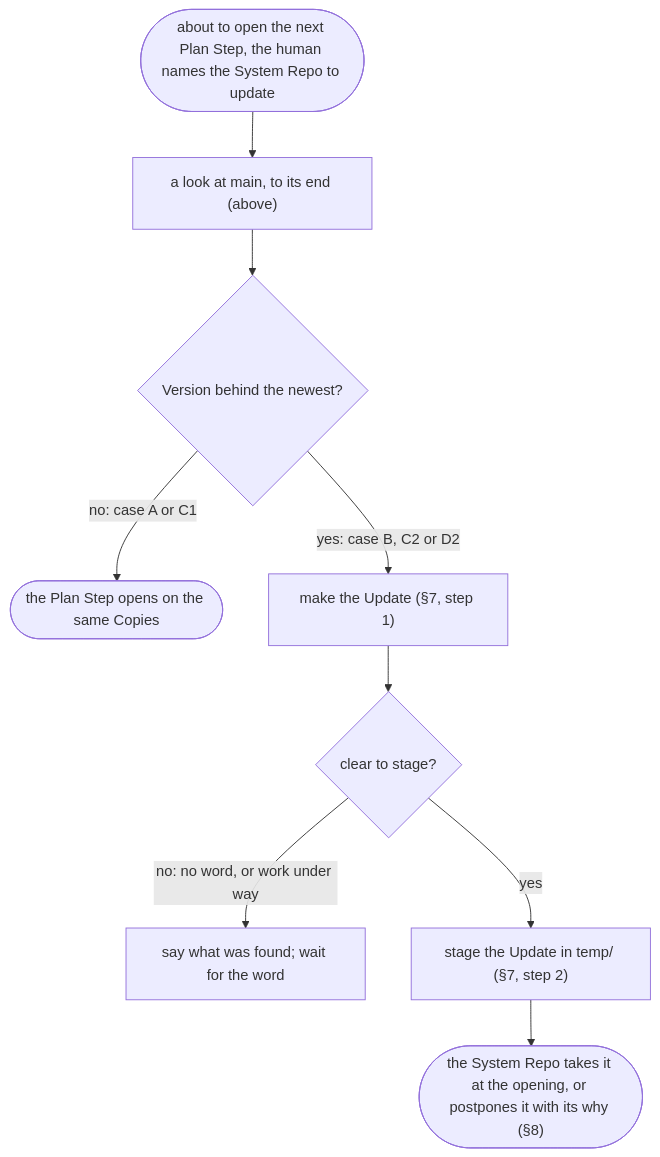
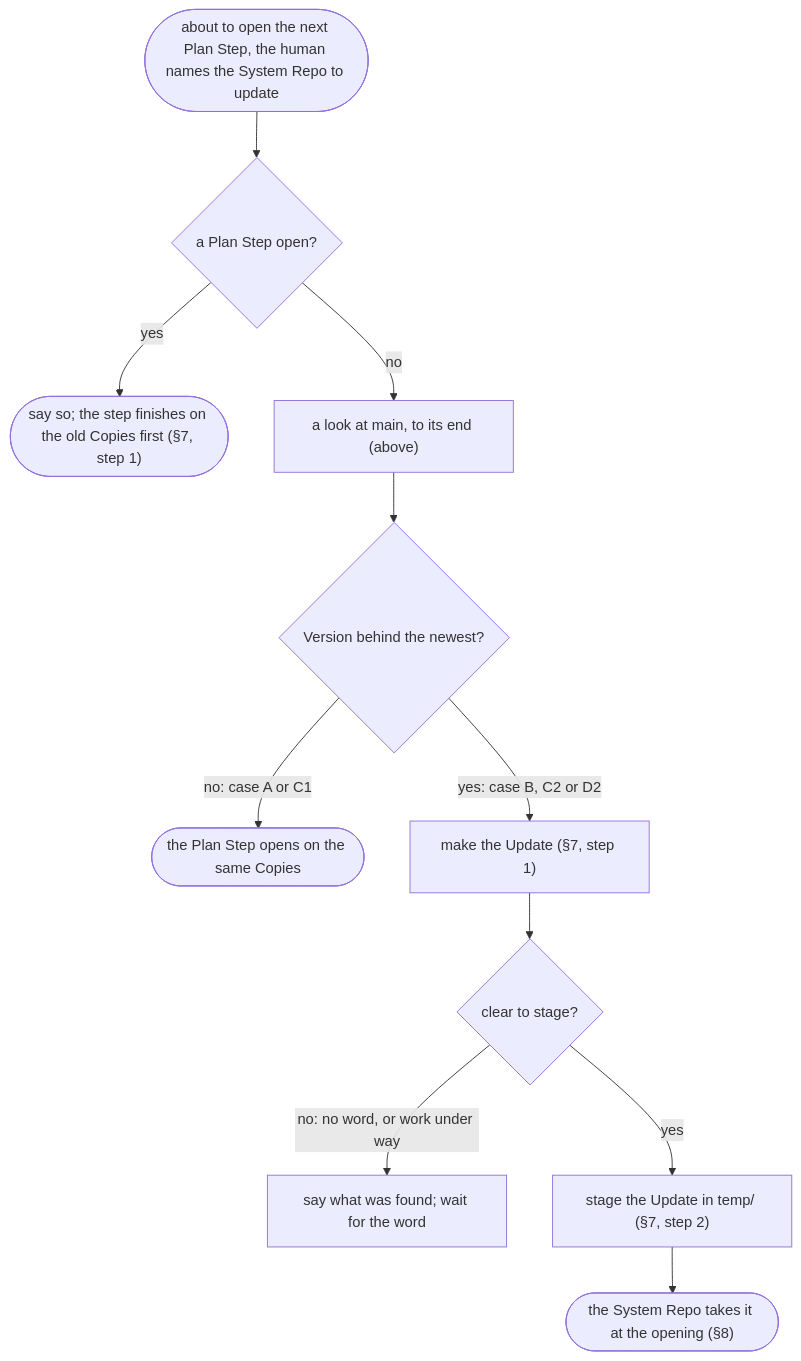
One commit to edgaras87/correctness-by-construction changed the second of 2 diagrams in temp/common-ground/system-repo-change-flow.md. Above: the diagram before and after it, drawn with Mermaid. The commit also changed other lines of this file, not shown here.

Commit message:
docs: temp's flow drops the postponed Take
The flow catches up with the simulation's last three commits. Chart
2 checks for an open Plan Step before the look, and ends with the
Take at the opening, now that postponing is Open. The Take's check
sends case 2 back by naming the System Repo to update again.

Refs TODO.md, the item "Define the Change idea"

````diff
--- a/temp/common-ground/system-repo-change-flow.md
+++ b/temp/common-ground/system-repo-change-flow.md
@@ -60,11 +60,13 @@
 ```mermaid
 flowchart TD
-  start(["about to open the next Plan Step, the human names the System Repo to update"]) --> look["a look at main, to its end (above)"]
+  start(["about to open the next Plan Step, the human names the System Repo to update"]) --> open{"a Plan Step open?"}
+  open -- "yes" --> wait1(["say so; the step finishes on the old Copies first (§7, step 1)"])
+  open -- no --> look["a look at main, to its end (above)"]
   look --> c3{"Version behind the newest?"}
   c3 -- "no: case A or C1" --> same(["the Plan Step opens on the same Copies"])
   c3 -- "yes: case B, C2 or D2" --> make["make the Update (§7, step 1)"]
   make --> ok{"clear to stage?"}
   ok -- "no: no word, or work under way" --> wait["say what was found; wait for the word"]
   ok -- yes --> stage["stage the Update in temp/ (§7, step 2)"]
-  stage --> take(["the System Repo takes it at the opening, or postpones it with its why (§8)"])
+  stage --> take(["the System Repo takes it at the opening (§8)"])
 ```
````
